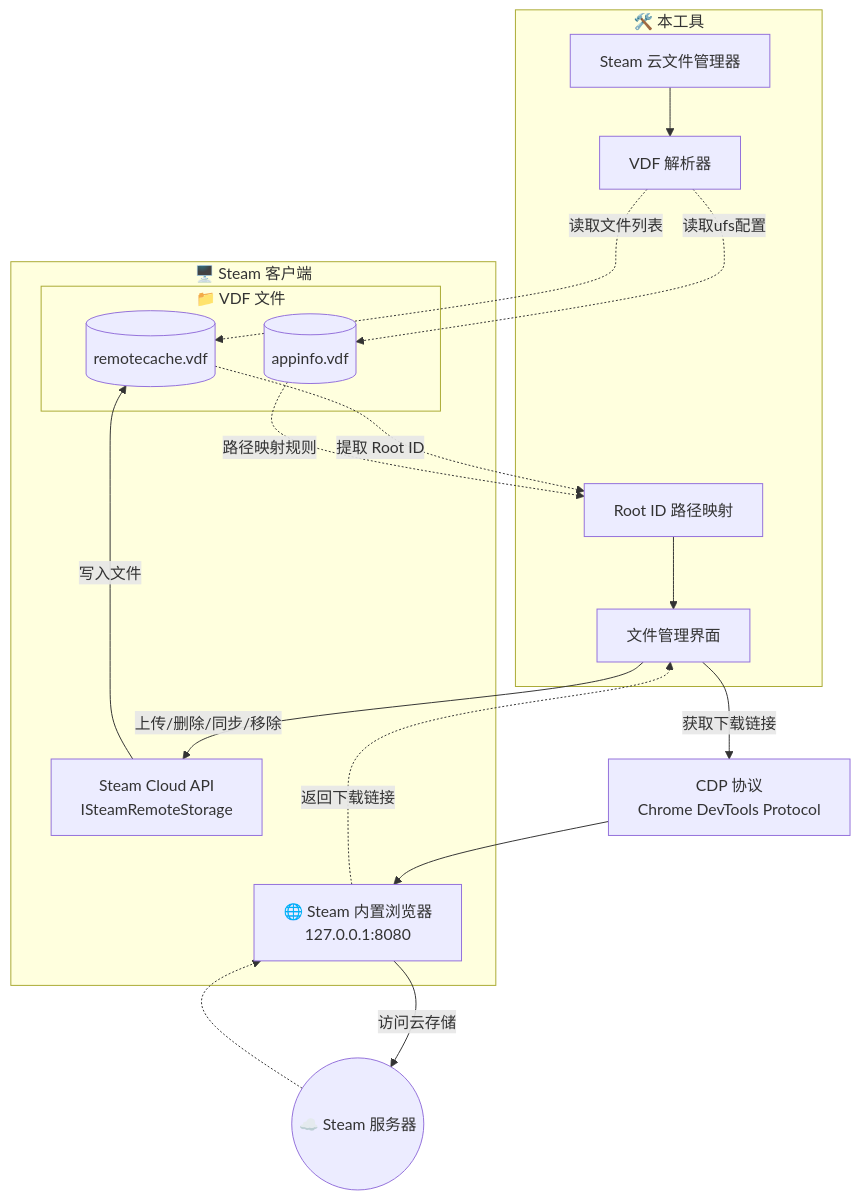
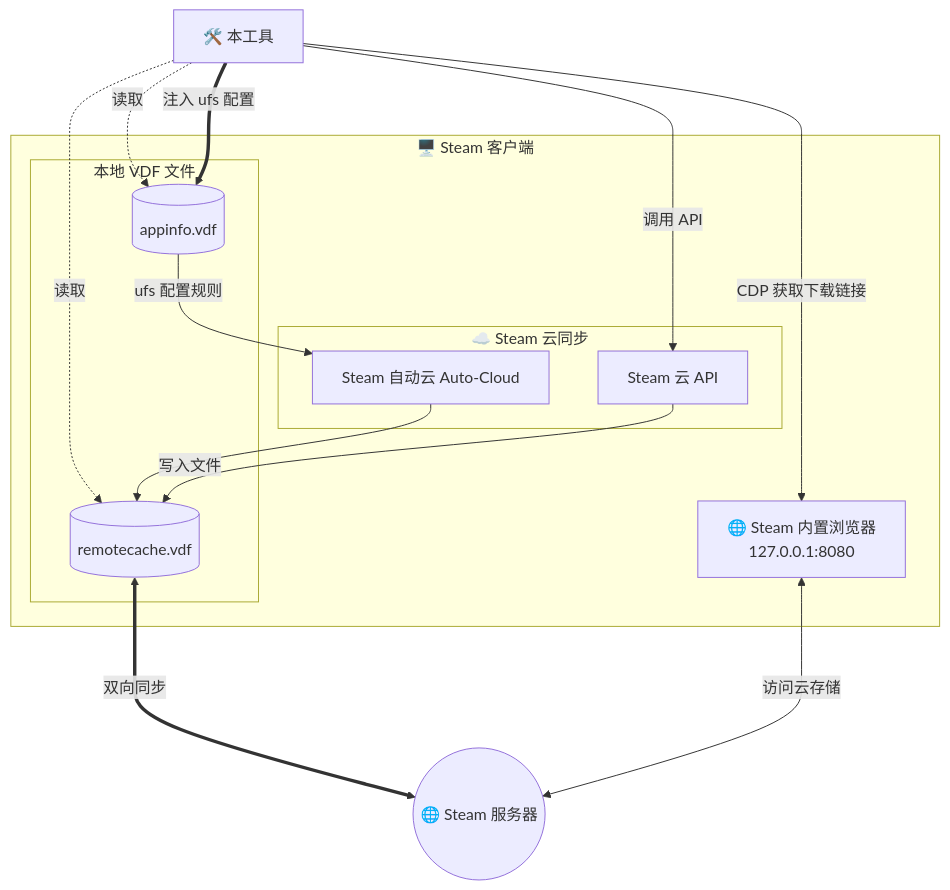
The second of 4 diagrams in README.md (Fldicoahkiin/SteamCloudFileManager), drawn with Mermaid before and after one commit. The commit also changed other lines of this file and 2 other files, not shown here.

Commit message:
docs: 更新 README 文档，完善 UFS 配置管理功能说明

````diff
--- a/README.md
+++ b/README.md
@@ -303,42 +298,34 @@
 ```mermaid
 graph TB
-    subgraph tool["🛠️ 本工具"]
-        App["Steam 云文件管理器"]
-        Parser["VDF 解析器"]
-        Resolver["Root ID 路径映射"]
-        UI["文件管理界面"]
-    end
+    Tool["🛠️ 本工具"]
     
     subgraph client["🖥️ Steam 客户端"]
-        subgraph vdf["📁 VDF 文件"]
+        subgraph vdf["本地 VDF 文件"]
             AppInfo[(appinfo.vdf)]
             RemoteCache[(remotecache.vdf)]
         end
-        API["Steam Cloud API<br/>ISteamRemoteStorage"]
+        
+        subgraph sync["☁️ Steam 云同步"]
+            Auto["Steam 自动云 Auto-Cloud"]
+            API["Steam 云 API"]
+        end
+        
         Browser["🌐 Steam 内置浏览器<br/>127.0.0.1:8080"]
     end
     
-    CDP["CDP 协议<br/>Chrome DevTools Protocol"]
-    Cloud(("☁️ Steam 服务器"))
+    Cloud(("🌐 Steam 服务器"))
     
-    %% 读取 VDF
-    App --> Parser
-    Parser -.读取文件列表.-> RemoteCache
-    Parser -.读取ufs配置.-> AppInfo
+    %% 本工具的操作（介入流程）
+    Tool -.->|读取| AppInfo
+    Tool -.->|读取| RemoteCache
+    Tool ==>|注入 ufs 配置| AppInfo
+    Tool -->|调用 API| API
+    Tool -->|CDP 获取下载链接| Browser
     
-    %% Root ID 映射
-    RemoteCache -.提取 Root ID.-> Resolver
-    AppInfo -.路径映射规则.-> Resolver
-    Resolver --> UI
-    
-    %% API 操作
-    UI -->|上传/删除/同步/移除| API
+    %% Steam 内部流程
+    AppInfo -->|ufs 配置规则| Auto
+    Auto --> RemoteCache
     API -->|写入文件| RemoteCache
-    
-    %% 下载链接
-    UI -->|获取下载链接| CDP
-    CDP --> Browser
-    Browser -->|访问云存储| Cloud
-    Cloud -.-> Browser
-    Browser -.返回下载链接.-> UI
+    RemoteCache <===>|双向同步| Cloud
+    Browser <-->|访问云存储| Cloud
 ```
````
